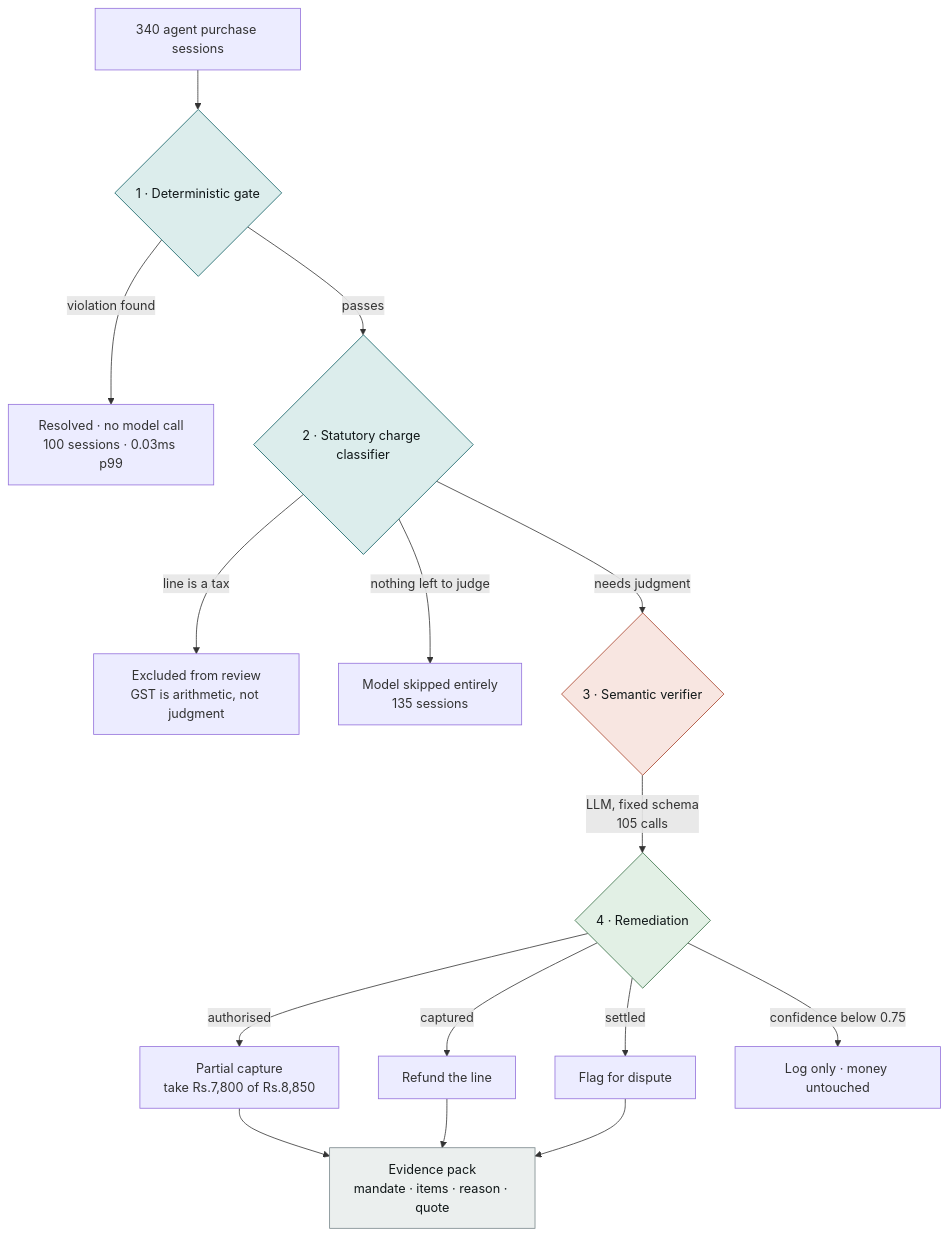
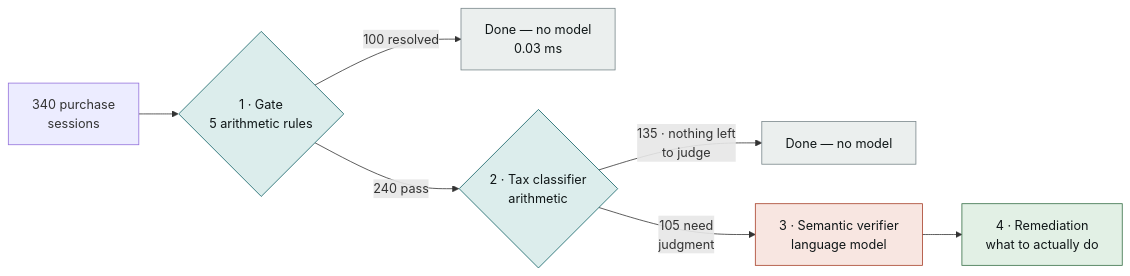
The first of 2 diagrams in README.md (sanjaykumar-nb/Warrant_razorpay), drawn with Mermaid before and after one commit. The commit also changed other lines of this file, not shown here.

First line of the commit message:
Rewrite README for readability; add payment-lifecycle diagram

````diff
--- a/README.md
+++ b/README.md
@@ -29,23 +51,16 @@
 ```mermaid
-flowchart TD
-    A[340 agent purchase sessions] --> B{1 · Deterministic gate}
-    B -->|violation found| B1[Resolved · no model call<br/>100 sessions · 0.03ms p99]
-    B -->|passes| C{2 · Statutory charge classifier}
-    C -->|line is a tax| C1[Excluded from review<br/>GST is arithmetic, not judgment]
-    C -->|nothing left to judge| C2[Model skipped entirely<br/>135 sessions]
-    C -->|needs judgment| D{3 · Semantic verifier}
-    D -->|LLM, fixed schema<br/>105 calls| E{4 · Remediation}
-    E -->|authorised| E1[Partial capture<br/>take Rs.7,800 of Rs.8,850]
-    E -->|captured| E2[Refund the line]
-    E -->|settled| E3[Flag for dispute]
-    E -->|confidence below 0.75| E4[Log only · money untouched]
-    E1 --> F[Evidence pack<br/>mandate · items · reason · quote]
-    E2 --> F
-    E3 --> F
+flowchart LR
+    A["340 purchase<br/>sessions"] --> B{"1 · Gate<br/>5 arithmetic rules"}
+    B -->|"100 resolved"| X["Done — no model<br/>0.03 ms"]
+    B -->|"240 pass"| C{"2 · Tax classifier<br/>arithmetic"}
+    C -->|"135 · nothing left<br/>to judge"| Y["Done — no model"]
+    C -->|"105 need<br/>judgment"| D["3 · Semantic verifier<br/>language model"]
+    D --> E["4 · Remediation<br/>what to actually do"]
 
     style B fill:#DCEDEC,stroke:#0D5F63,color:#101718
     style C fill:#DCEDEC,stroke:#0D5F63,color:#101718
     style D fill:#F8E6E1,stroke:#A63D26,color:#101718
     style E fill:#E2F0E5,stroke:#336D43,color:#101718
-    style F fill:#EBEFEE,stroke:#78868A,color:#101718
+    style X fill:#EBEFEE,stroke:#78868A,color:#101718
+    style Y fill:#EBEFEE,stroke:#78868A,color:#101718
 ```
````
